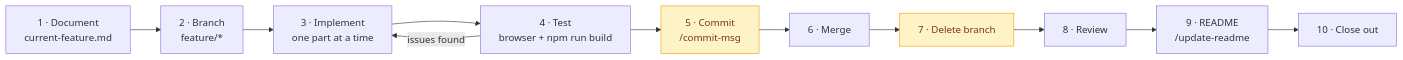
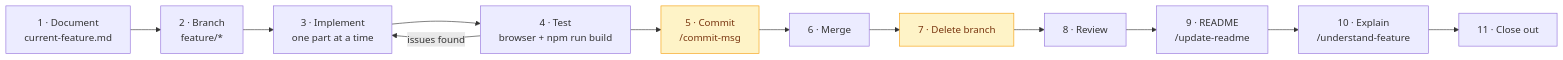
One commit to raki-rankawat/next-reading-list-app changed the third of 3 diagrams in README.md. Above: the diagram before and after it, drawn with Mermaid. The commit also changed other lines of this file and 3 other files, not shown here.

First line of the commit message:
docs: record feature 05 and add an explain step to the workflow

````diff
--- a/README.md
+++ b/README.md
@@ -124,16 +125,17 @@
 ```mermaid
 flowchart LR
     A["1 · Document<br/>current-feature.md"] --> B["2 · Branch<br/>feature/*"]
     B --> C["3 · Implement<br/>one part at a time"]
     C --> D["4 · Test<br/>browser + npm run build"]
     D -->|"issues found"| C
     D --> E["5 · Commit<br/>/commit-msg"]
     E --> F["6 · Merge"]
     F --> G["7 · Delete branch"]
     G --> H["8 · Review"]
     H --> I["9 · README<br/>/update-readme"]
-    I --> J["10 · Close out"]
+    I --> J["10 · Explain<br/>/understand-feature"]
+    J --> K["11 · Close out"]
 
     classDef gate fill:#fef3c7,stroke:#f59e0b,color:#78350f
     class E,G gate
 ```
````
